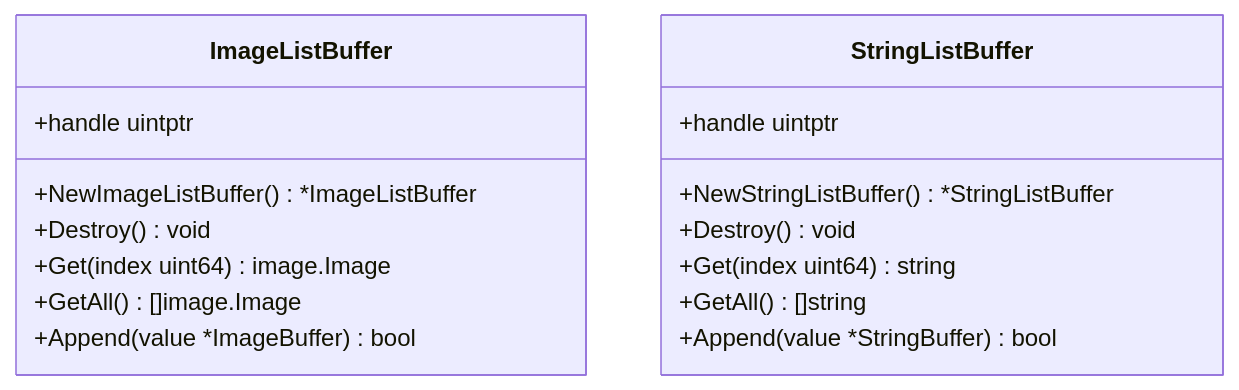
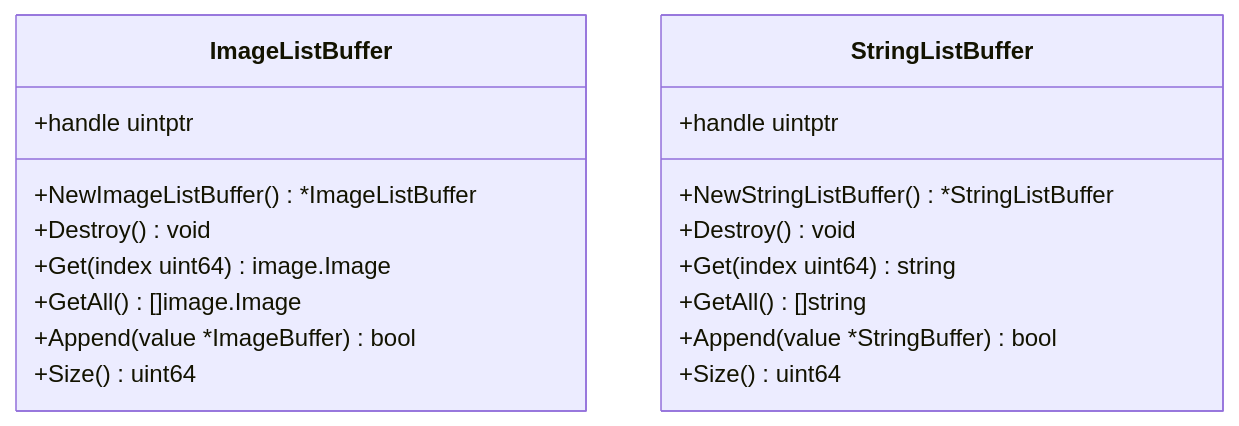
Before and after one commit to kqcoxn/MaaPipelineEditor: the third of 7 diagrams in instructions/maafw-golang-binding/性能优化.md, drawn with Mermaid. The commit also changed other lines of this file and 9 other files, not shown here.

````diff
--- a/instructions/maafw-golang-binding/性能优化.md
+++ b/instructions/maafw-golang-binding/性能优化.md
@@ -84,19 +108,21 @@
 ```mermaid
 classDiagram
 class ImageListBuffer {
 +handle uintptr
 +NewImageListBuffer() *ImageListBuffer
 +Destroy() void
 +Get(index uint64) image.Image
 +GetAll() []image.Image
 +Append(value *ImageBuffer) bool
++Size() uint64
 }
 class StringListBuffer {
 +handle uintptr
 +NewStringListBuffer() *StringListBuffer
 +Destroy() void
 +Get(index uint64) string
 +GetAll() []string
 +Append(value *StringBuffer) bool
++Size() uint64
 }
 ```
````
